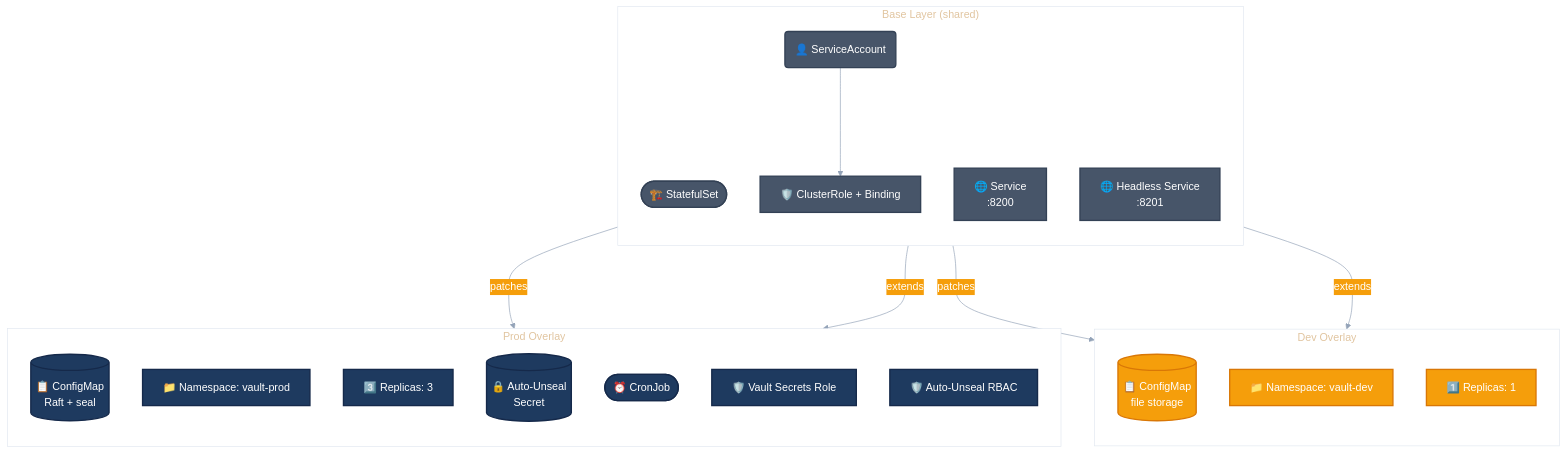
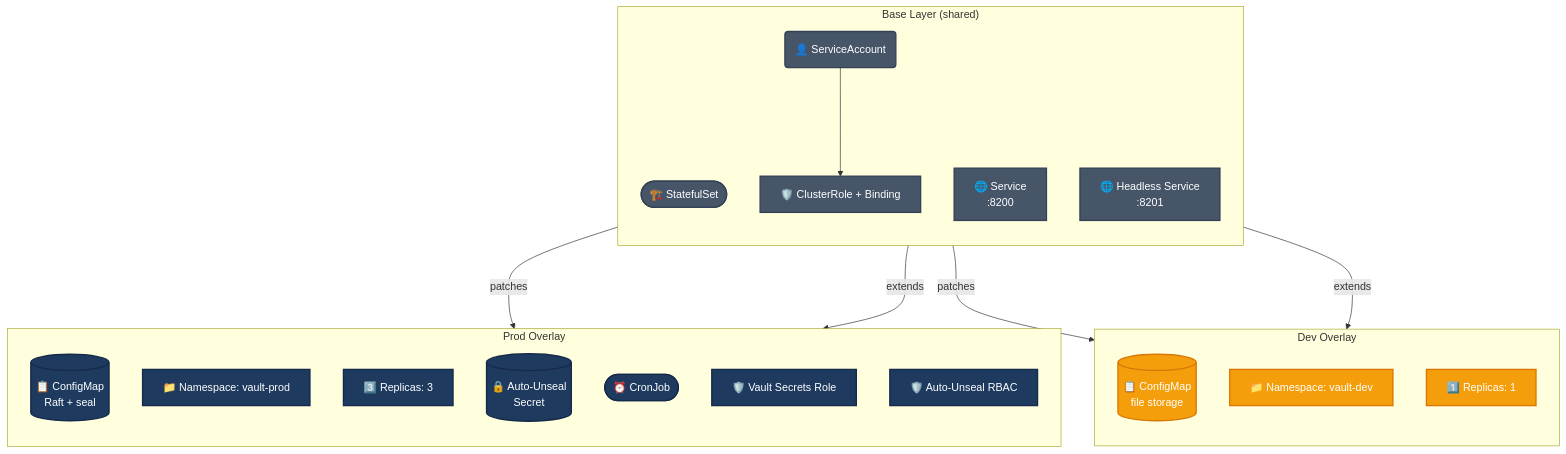
The sixth of 6 diagrams in secrets-management/vault/README.md (Orpere/kind), drawn with Mermaid before and after one commit. The commit also changed other lines of this file and 7 other files, not shown here.

````diff
--- a/secrets-management/vault/README.md
+++ b/secrets-management/vault/README.md
@@ -382,45 +450,44 @@
 ```mermaid
-%%{init: {"theme": "base", "themeVariables": {"primaryColor": "#475569", "primaryTextColor": "#FFFFFF", "primaryBorderColor": "#15294A", "lineColor": "#94A3B8", "secondaryColor": "#F59E0B", "tertiaryColor": "#1E3A5F", "clusterBkg": "#FFFFFF", "clusterBorder": "#E2E8F0", "nodeBorder": "#475569", "fontFamily": "system-ui, -apple-system, sans-serif"}}}%%
 graph TB
 
     subgraph "Base Layer (shared)"
         direction TB
         ST([🏗️ StatefulSet])
         SVC[🌐 Service<br/>:8200]
         SVC_INT[🌐 Headless Service<br/>:8201]
         SA(👤 ServiceAccount)
         CR[🛡️ ClusterRole + Binding]
     end
 
     subgraph "Dev Overlay"
         direction TB
         CM_DEV[(📋 ConfigMap<br/>file storage)]
         NS_DEV["📁 Namespace: vault-dev"]
         R1["1️⃣ Replicas: 1"]
     end
 
     subgraph "Prod Overlay"
         direction TB
         CM_PROD[(📋 ConfigMap<br/>Raft + seal)]
         NS_PROD["📁 Namespace: vault-prod"]
         R3["3️⃣ Replicas: 3"]
         SEC[(🔒 Auto-Unseal<br/>Secret)]
         CJ([⏰ CronJob])
         RBAC_PROD[🛡️ Vault Secrets Role]
         RBAC_CJ[🛡️ Auto-Unseal RBAC]
     end
 
     ST --->|patches| R1
     ST --->|patches| R3
     SA ---> CR
     SVC --->|extends| NS_DEV
     SVC --->|extends| NS_PROD
 
 
     classDef base fill:#475569,color:#FFFFFF,stroke:#334155,stroke-width:2px
     classDef dev fill:#F59E0B,color:#FFFFFF,stroke:#D97706,stroke-width:2px
     classDef prod fill:#1E3A5F,color:#FFFFFF,stroke:#15294A,stroke-width:2px
     class ST,SVC,SVC_INT,SA,CR base
     class CM_DEV,NS_DEV,R1 dev
     class CM_PROD,NS_PROD,R3,SEC,CJ,RBAC_PROD,RBAC_CJ prod
 ```
````
